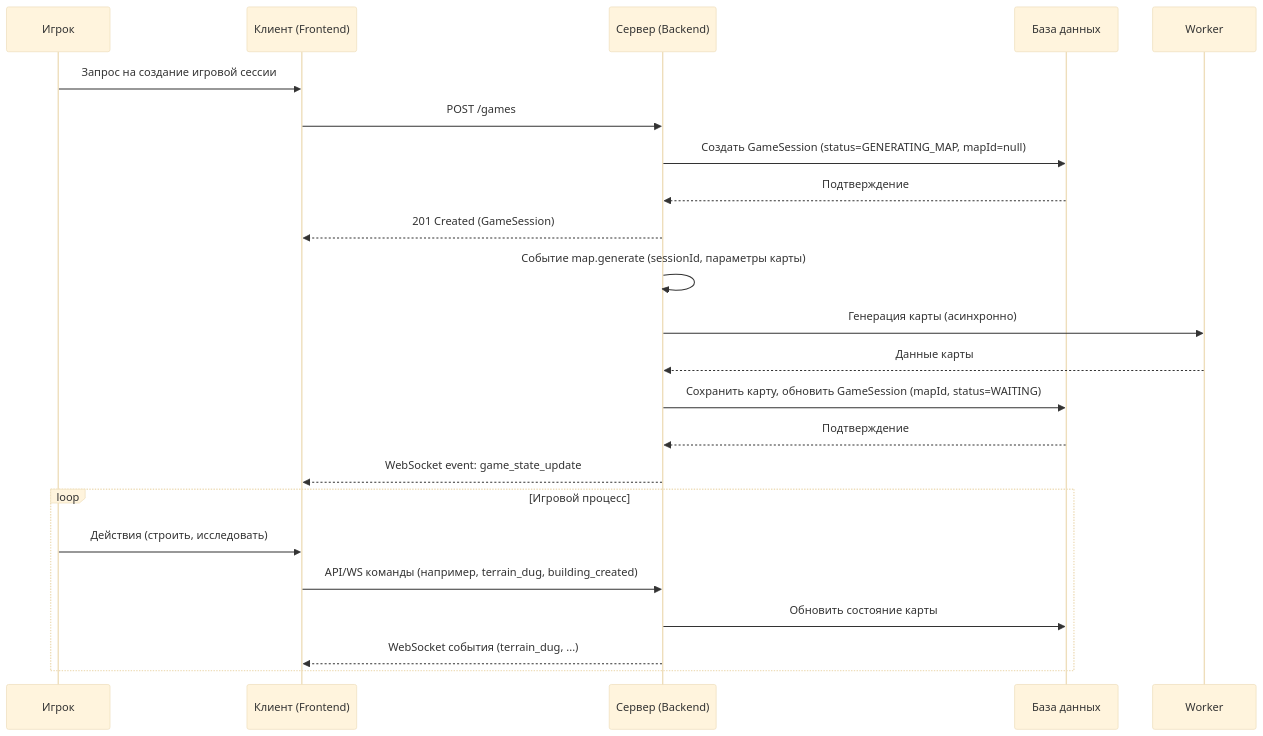
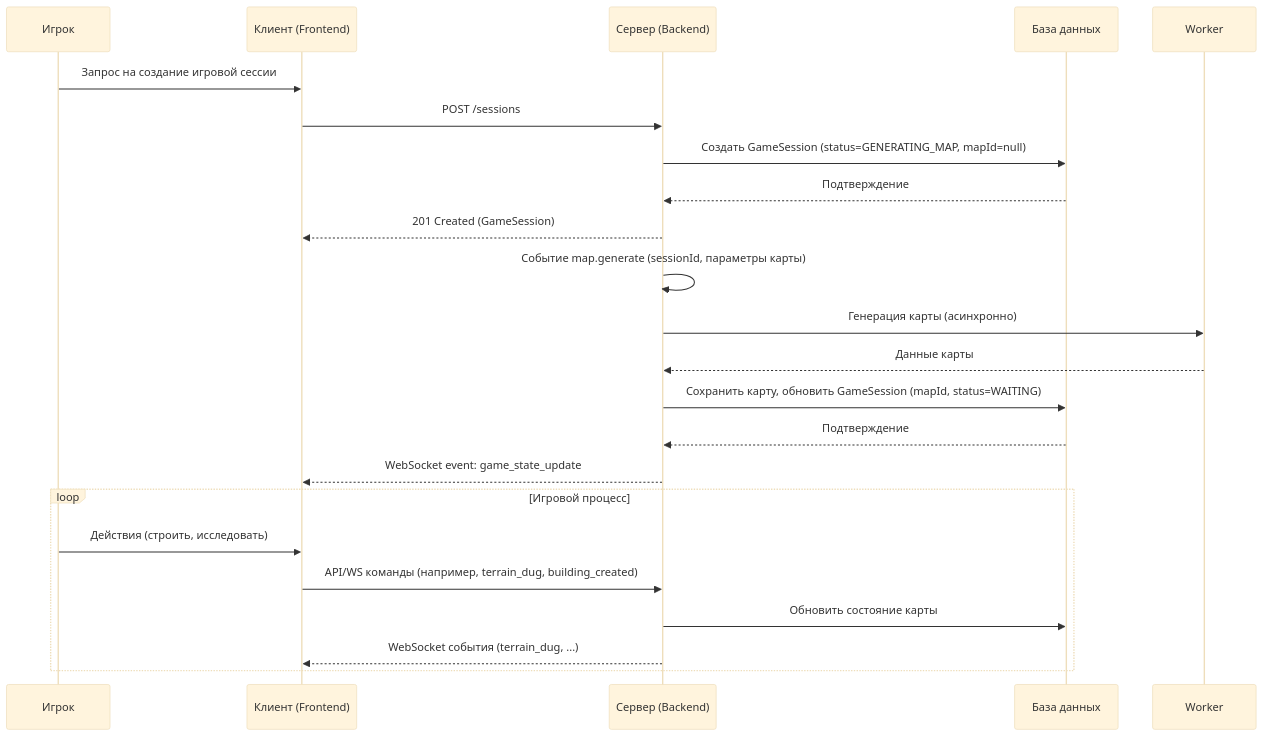
The diagram in docs/07_map_analytics.md (SanoLitch/auto-strategy), drawn with Mermaid (base theme) before and after one commit. The commit also changed 12 other files, not shown here.

First line of the commit message:
rename games endpoints to sessions

````diff
--- a/docs/07_map_analytics.md
+++ b/docs/07_map_analytics.md
@@ -78,25 +78,25 @@
 ```mermaid
 sequenceDiagram
     participant User as Игрок
     participant Client as Клиент (Frontend)
     participant Server as Сервер (Backend)
     participant DB as База данных
 
     User->>Client: Запрос на создание игровой сессии
-    Client->>Server: POST /games
+    Client->>Server: POST /sessions
     Server->>DB: Создать GameSession (status=GENERATING_MAP, mapId=null)
     DB-->>Server: Подтверждение
     Server-->>Client: 201 Created (GameSession)
     Server->>Server: Событие map.generate (sessionId, параметры карты)
     Server->>Worker: Генерация карты (асинхронно)
     Worker-->>Server: Данные карты
     Server->>DB: Сохранить карту, обновить GameSession (mapId, status=WAITING)
     DB-->>Server: Подтверждение
     Server-->>Client: WebSocket event: game_state_update
     loop Игровой процесс
         User->>Client: Действия (строить, исследовать)
         Client->>Server: API/WS команды (например, terrain_dug, building_created)
         Server->>DB: Обновить состояние карты
         Server-->>Client: WebSocket события (terrain_dug, ...)
     end
 ```
````
